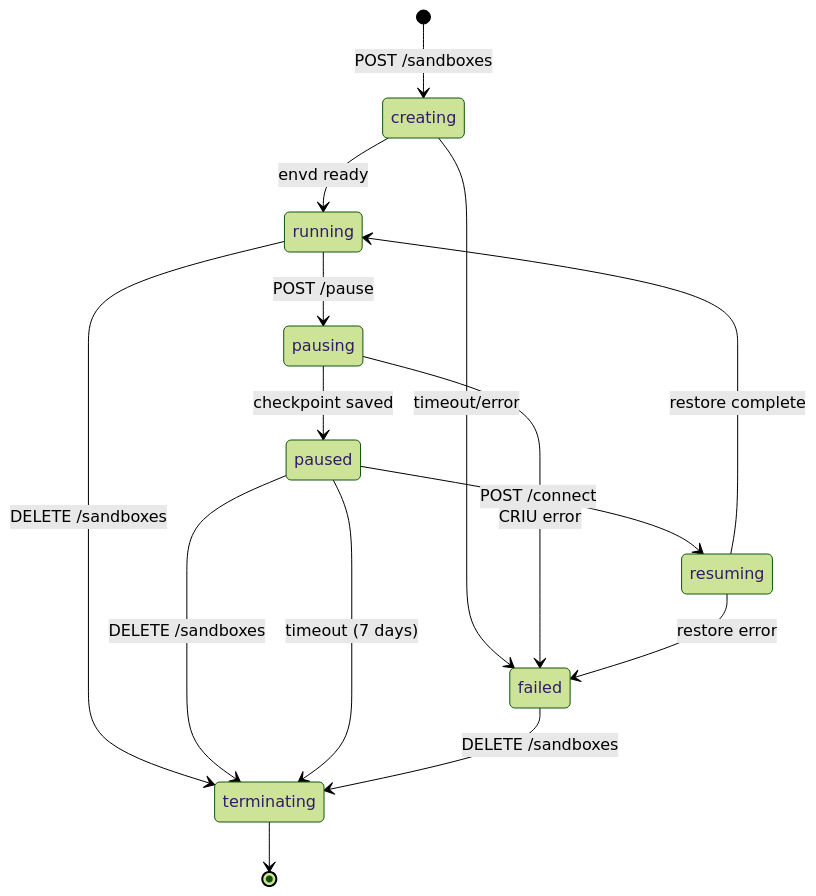
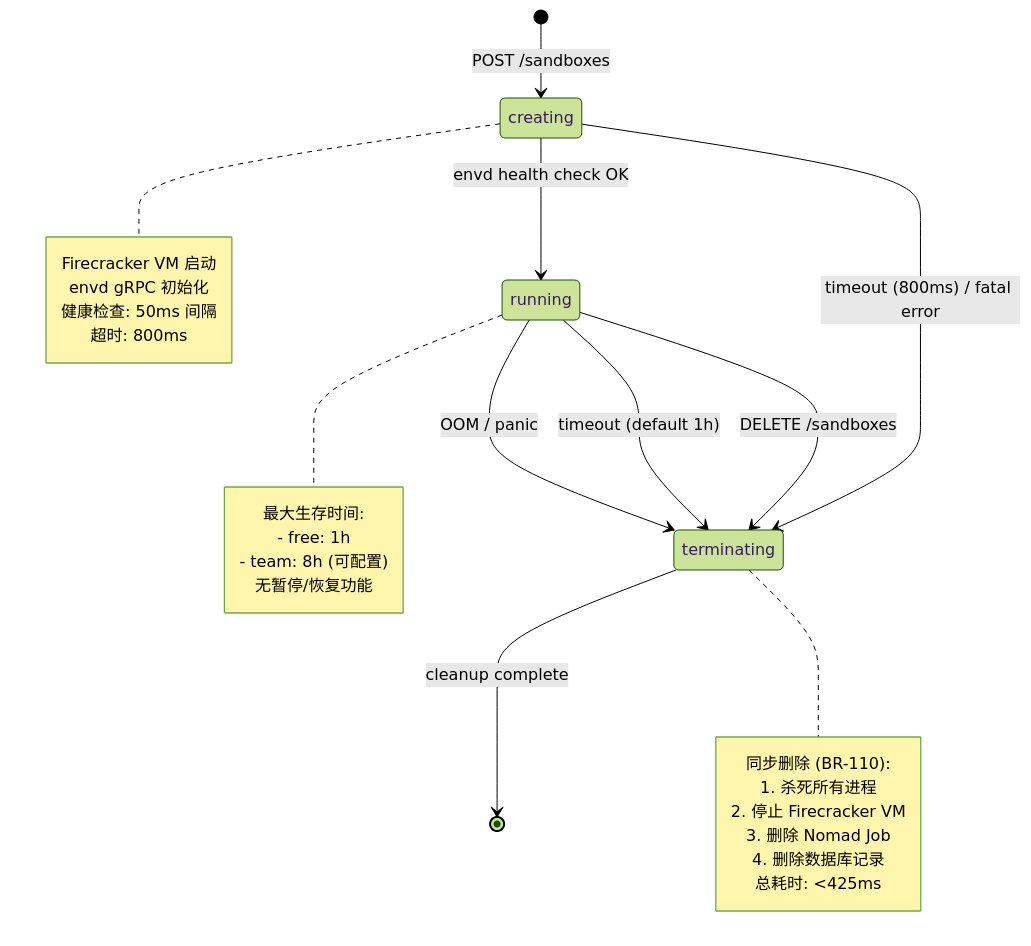
Before and after one commit to jackzhang1314/AdNegator: the first of 3 diagrams in docs/design/L4.2-state-diagram.md, drawn with Mermaid (forest theme). The commit also changed other lines of this file, not shown here.

````diff
--- a/docs/design/L4.2-state-diagram.md
+++ b/docs/design/L4.2-state-diagram.md
@@ -26,22 +40,35 @@
 ```mermaid
 stateDiagram-v2
     [*] --> creating: POST /sandboxes
-    creating --> running: envd ready
-    creating --> failed: timeout/error
+    creating --> running: envd health check OK
+    creating --> terminating: timeout (800ms) / fatal error
 
-    running --> pausing: POST /pause
     running --> terminating: DELETE /sandboxes
+    running --> terminating: timeout (default 1h)
+    running --> terminating: OOM / panic
 
-    pausing --> paused: checkpoint saved
-    pausing --> failed: CRIU error
+    terminating --> [*]: cleanup complete
 
-    paused --> resuming: POST /connect
-    paused --> terminating: DELETE /sandboxes
-    paused --> terminating: timeout (7 days)
+    note right of creating
+        Firecracker VM 启动
+        envd gRPC 初始化
+        健康检查: 50ms 间隔
+        超时: 800ms
+    end note
 
-    resuming --> running: restore complete
-    resuming --> failed: restore error
+    note right of running
+        最大生存时间:
+        - free: 1h
+        - team: 8h (可配置)
+        无暂停/恢复功能
+    end note
 
-    failed --> terminating: DELETE /sandboxes
-    terminating --> [*]
+    note right of terminating
+        同步删除 (BR-110):
+        1. 杀死所有进程
+        2. 停止 Firecracker VM
+        3. 删除 Nomad Job
+        4. 删除数据库记录
+        总耗时: <425ms
+    end note
 ```
````
